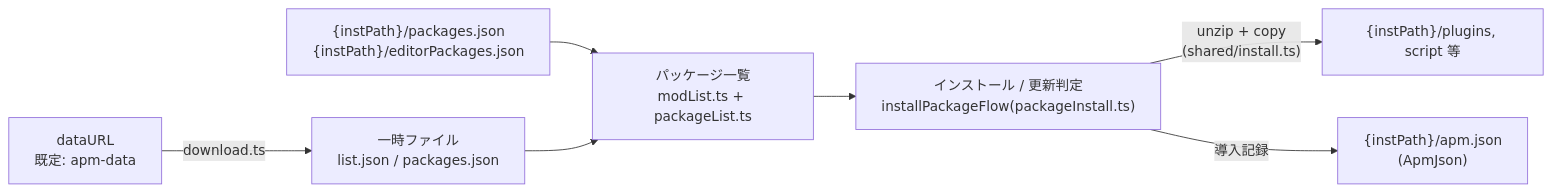
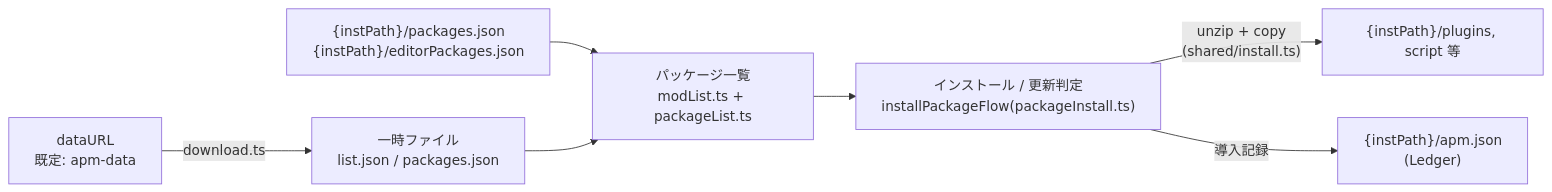
The diagram in ARCHITECTURE.md (team-apm/apm), drawn with Mermaid before and after one commit. The commit also changed other lines of this file and 16 other files, not shown here.

First line of the commit message:
refactor(main): 集約 Installation を導入し instPath の文字列貫通を置き換え

````diff
--- a/ARCHITECTURE.md
+++ b/ARCHITECTURE.md
@@ -52,9 +55,9 @@
 ```mermaid
 graph LR
   D[dataURL<br>既定: apm-data] -->|"download.ts"| T["一時ファイル<br>list.json / packages.json"]
   L["{instPath}/packages.json<br>{instPath}/editorPackages.json"] --> M
   T --> M["パッケージ一覧<br>modList.ts + packageList.ts"]
   M --> I["インストール / 更新判定<br>installPackageFlow(packageInstall.ts)"]
   I -->|"unzip + copy<br>(shared/install.ts)"| P["{instPath}/plugins, script 等"]
-  I -->|導入記録| A["{instPath}/apm.json<br>(ApmJson)"]
+  I -->|導入記録| A["{instPath}/apm.json<br>(Ledger)"]
 ```
````
